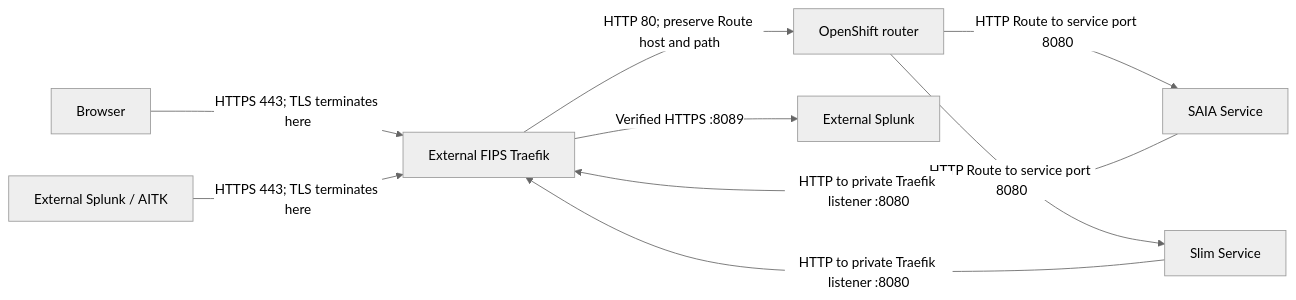
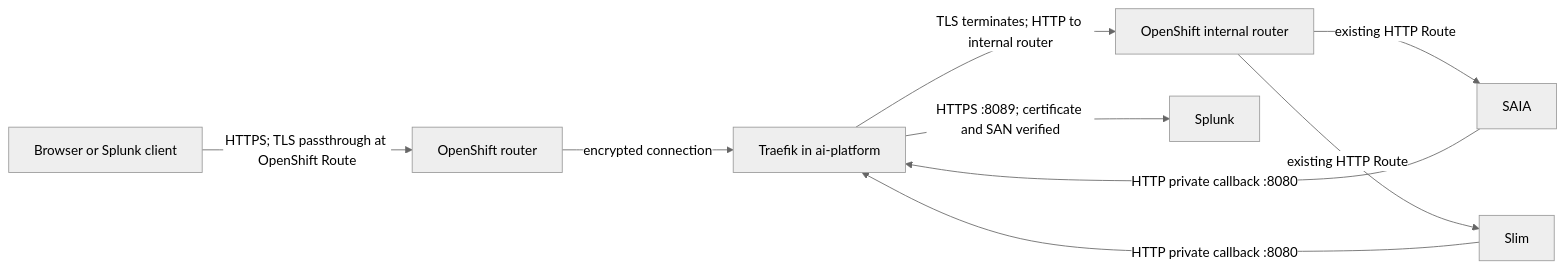
The diagram in docs/ai-pod-docs/fips-traefik-validation-plan.md (splunk/splunk-ai-operator), drawn with Mermaid (neutral theme) before and after one commit. The commit also changed other lines of this file and 1 other file, not shown here.

Commit message:
docs: add validated AI POD Traefik setup

````diff
--- a/docs/ai-pod-docs/fips-traefik-validation-plan.md
+++ b/docs/ai-pod-docs/fips-traefik-validation-plan.md
@@ -47,11 +10,11 @@
-~~~mermaid
+```mermaid
 flowchart LR
-  B[Browser] -->|HTTPS 443; TLS terminates here| T[External FIPS Traefik]
-  E[External Splunk / AITK] -->|HTTPS 443; TLS terminates here| T
-  T -->|HTTP 80; preserve Route host and path| R[OpenShift router]
-  R -->|HTTP Route to service port 8080| A[SAIA Service]
-  R -->|HTTP Route to service port 8080| L[Slim Service]
-  A -->|HTTP to private Traefik listener :8080| T
-  L -->|HTTP to private Traefik listener :8080| T
-  T -->|Verified HTTPS :8089| S[External Splunk]
-~~~
+  C[Browser or Splunk client] -->|HTTPS; TLS passthrough at OpenShift Route| O[OpenShift router]
+  O -->|encrypted connection| T[Traefik in ai-platform]
+  T -->|TLS terminates; HTTP to internal router| OI[OpenShift internal router]
+  OI -->|existing HTTP Route| S[SAIA]
+  OI -->|existing HTTP Route| L[Slim]
+  S -->|HTTP private callback :8080| T
+  L -->|HTTP private callback :8080| T
+  T -->|HTTPS :8089; certificate and SAN verified| X[Splunk]
+```
````
